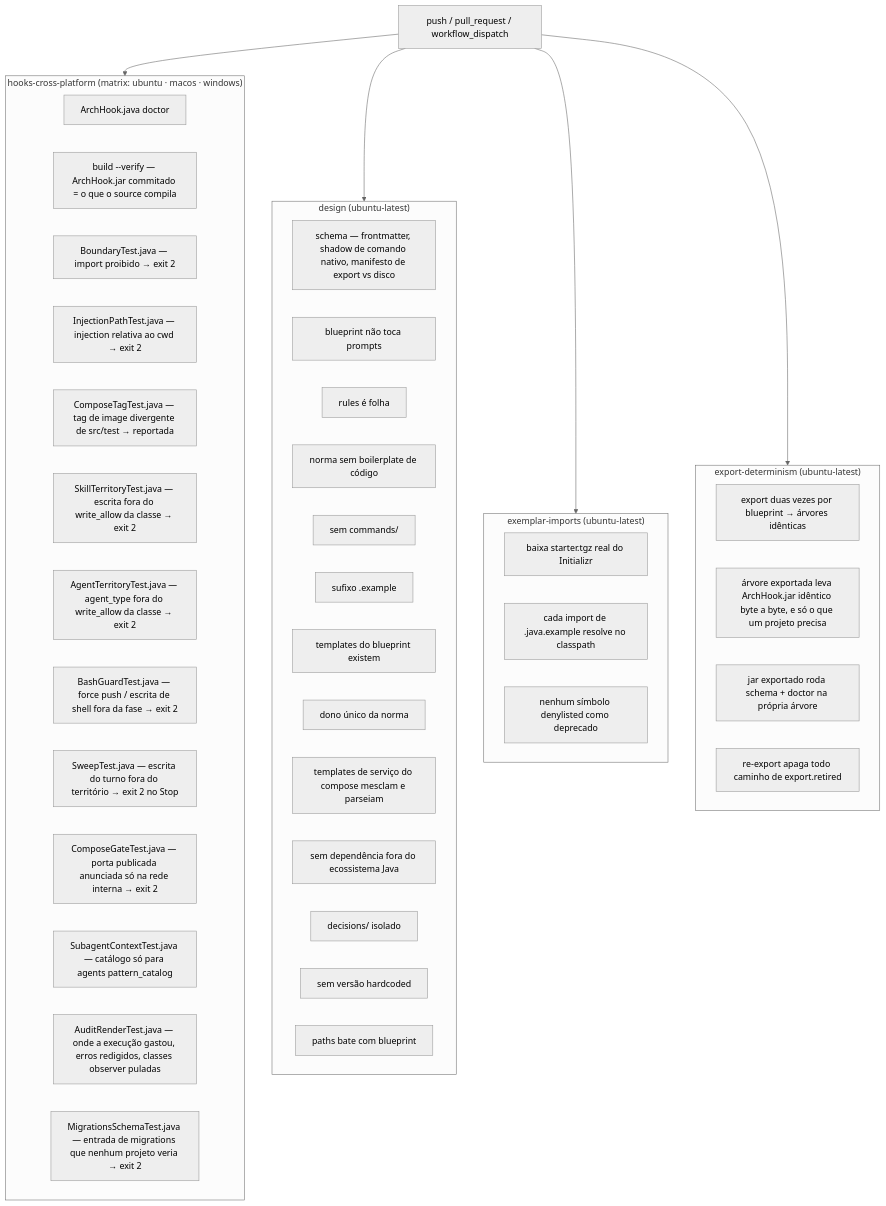
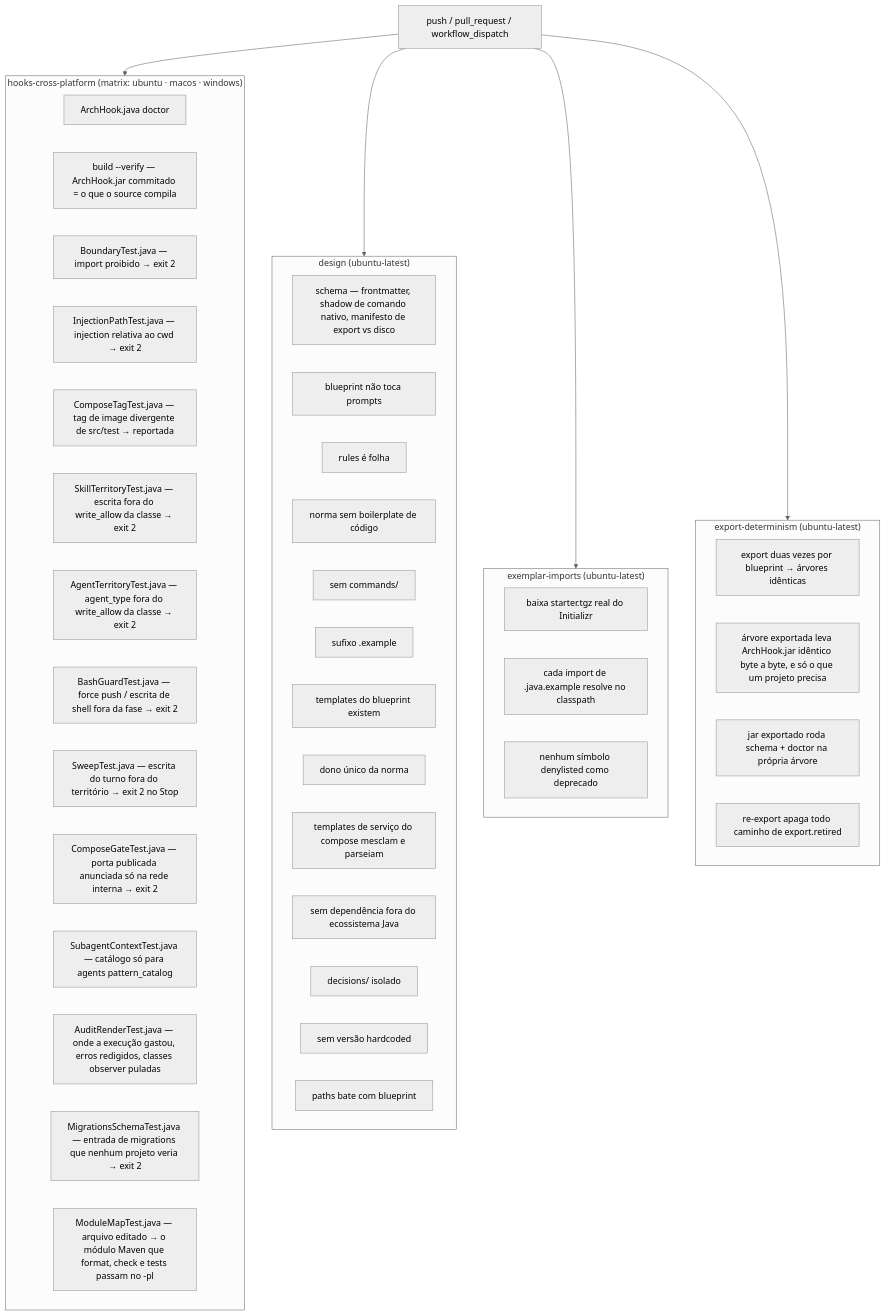
Before and after one commit to ice-lfernandes/claude-spring-architect: the diagram in docs/pt-br/07-ci-validate.md, drawn with Mermaid (neutral theme). The commit also changed other lines of this file and 6 other files, not shown here.

First line of the commit message:
fix: single-module projects get the format, check and tests hooks (decision 0107)

````diff
--- a/docs/pt-br/07-ci-validate.md
+++ b/docs/pt-br/07-ci-validate.md
@@ -17,52 +17,53 @@
 ```mermaid
 flowchart TD
     T[push / pull_request / workflow_dispatch] --> J1
     T --> J2
     T --> J3
     T --> J4
 
     subgraph J1["hooks-cross-platform (matrix: ubuntu · macos · windows)"]
         H1[ArchHook.java doctor]
         H0[build --verify — ArchHook.jar commitado = o que o source compila]
         H2[BoundaryTest.java — import proibido → exit 2]
         H3[InjectionPathTest.java — injection relativa ao cwd → exit 2]
         H4[ComposeTagTest.java — tag de image divergente de src/test → reportada]
         H5[SkillTerritoryTest.java — escrita fora do write_allow da classe → exit 2]
         H6[AgentTerritoryTest.java — agent_type fora do write_allow da classe → exit 2]
         H7[BashGuardTest.java — force push / escrita de shell fora da fase → exit 2]
         H8[SweepTest.java — escrita do turno fora do território → exit 2 no Stop]
         H9[ComposeGateTest.java — porta publicada anunciada só na rede interna → exit 2]
         H10[SubagentContextTest.java — catálogo só para agents pattern_catalog]
         H11[AuditRenderTest.java — onde a execução gastou, erros redigidos, classes observer puladas]
         H12[MigrationsSchemaTest.java — entrada de migrations que nenhum projeto veria → exit 2]
+        H13[ModuleMapTest.java — arquivo editado → o módulo Maven que format, check e tests passam no -pl]
     end
 
     subgraph J2["design (ubuntu-latest)"]
         D1[schema — frontmatter, shadow de comando nativo, manifesto de export vs disco]
         D4[blueprint não toca prompts]
         D5[rules é folha]
         D6[norma sem boilerplate de código]
         D7[sem commands/]
         D8[sufixo .example]
         D9[templates do blueprint existem]
         D10[dono único da norma]
         D15[templates de serviço do compose mesclam e parseiam]
         D11[sem dependência fora do ecossistema Java]
         D12[decisions/ isolado]
         D13[sem versão hardcoded]
         D14[paths bate com blueprint]
     end
 
     subgraph J3["exemplar-imports (ubuntu-latest)"]
         E1[baixa starter.tgz real do Initializr]
         E2[cada import de .java.example resolve no classpath]
         E3[nenhum símbolo denylisted como deprecado]
     end
 
     subgraph J4["export-determinism (ubuntu-latest)"]
         X1[export duas vezes por blueprint → árvores idênticas]
         X2[árvore exportada leva ArchHook.jar idêntico byte a byte, e só o que um projeto precisa]
         X3[jar exportado roda schema + doctor na própria árvore]
         X4[re-export apaga todo caminho de export.retired]
     end
 ```
````
